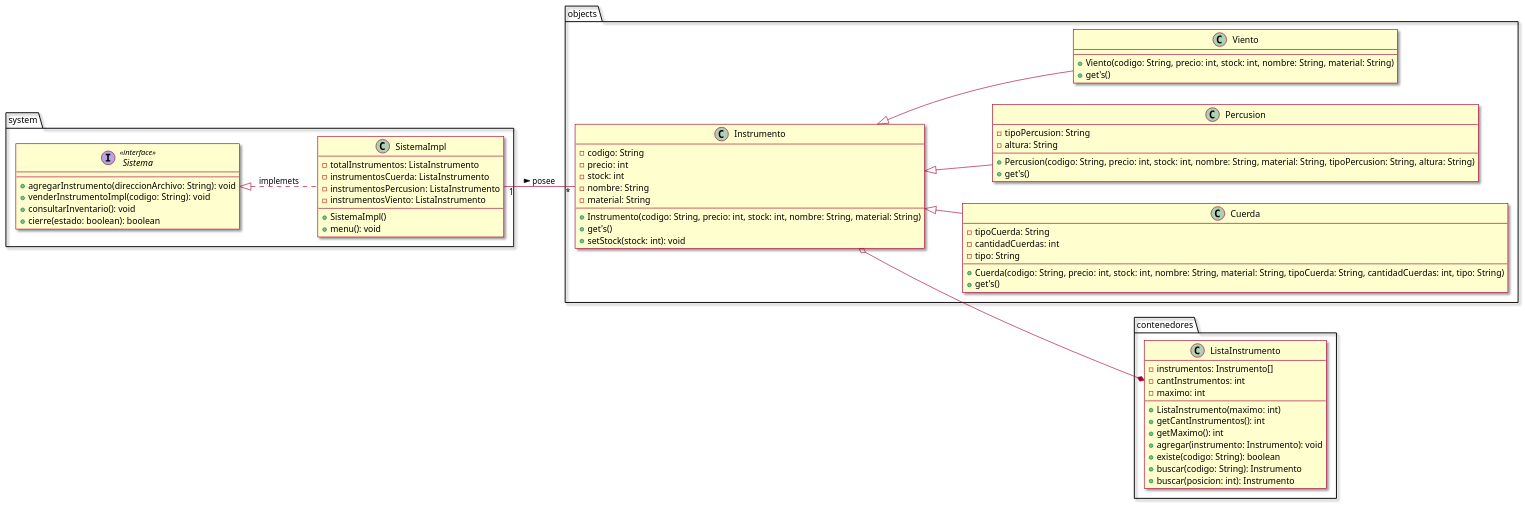
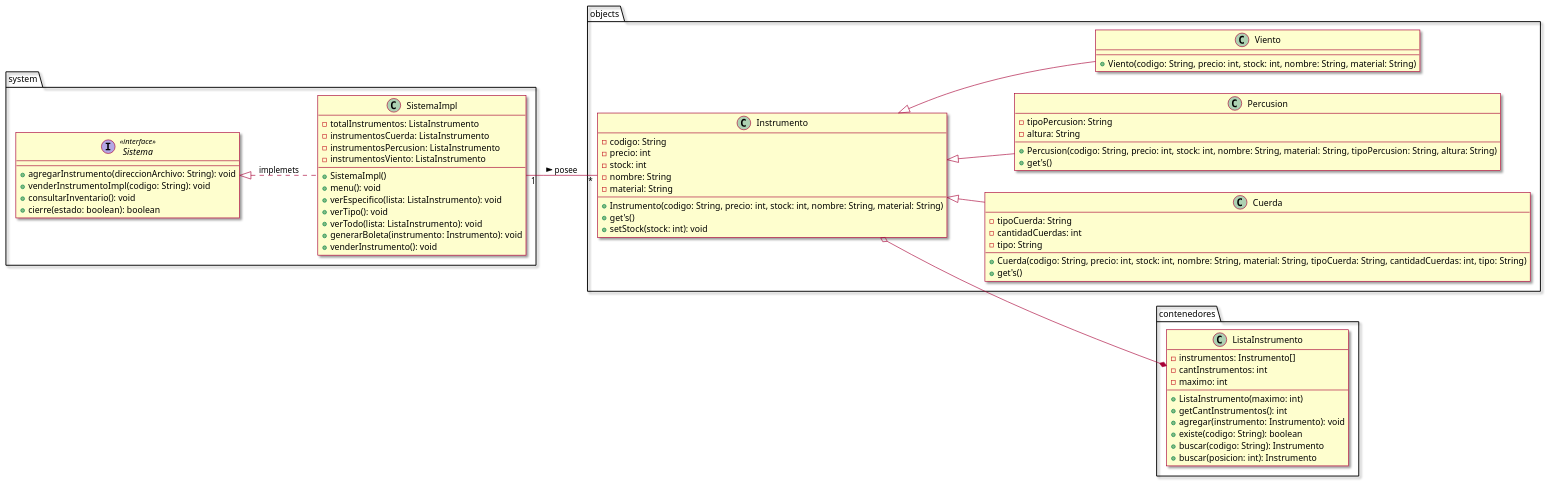
The diagram in src/clase.puml (ProMDFK123/Taller3), drawn with PlantUML before and after one commit. The commit also changed 2 other files, not shown here.

Commit message:
diagrama de clases v1.1.0

```diff
--- a/src/clase.puml
+++ b/src/clase.puml
@@ -1,85 +1,88 @@
 @startuml
 left to right direction
 skin rose
 
 package objects{
     Class Instrumento{
         -codigo: String
         -precio: int
         -stock: int
         -nombre: String
         -material: String
 
         +Instrumento(codigo: String, precio: int, stock: int, nombre: String, material: String)
         +get's()
         +setStock(stock: int): void
     }
 
     Class Cuerda{
         -tipoCuerda: String
         -cantidadCuerdas: int
         -tipo: String
 
         +Cuerda(codigo: String, precio: int, stock: int, nombre: String, material: String, tipoCuerda: String, cantidadCuerdas: int, tipo: String)
         +get's()
     }
 
     Class Percusion{
         -tipoPercusion: String
         -altura: String
 
         +Percusion(codigo: String, precio: int, stock: int, nombre: String, material: String, tipoPercusion: String, altura: String)
         +get's()
 
     }
 
     Class Viento{
         +Viento(codigo: String, precio: int, stock: int, nombre: String, material: String)
-        +get's()
     }
 }
 
 Instrumento^--Cuerda
 Instrumento^--Percusion
 Instrumento^--Viento
 
 package contenedores{
     Class ListaInstrumento{
         -instrumentos: Instrumento[]
         -cantInstrumentos: int
         -maximo: int
 
         +ListaInstrumento(maximo: int)
         +getCantInstrumentos(): int
-        +getMaximo(): int
         +agregar(instrumento: Instrumento): void
         +existe(codigo: String): boolean
         +buscar(codigo: String): Instrumento
         +buscar(posicion: int): Instrumento
     }
 }
 
 Instrumento o--* ListaInstrumento
 
 package system{
     interface Sistema <<interface>>{
         +agregarInstrumento(direccionArchivo: String): void
         +venderInstrumentoImpl(codigo: String): void
         +consultarInventario(): void
         +cierre(estado: boolean): boolean
     }
 
     Class SistemaImpl{
         -totalInstrumentos: ListaInstrumento
         -instrumentosCuerda: ListaInstrumento
         -instrumentosPercusion: ListaInstrumento
         -instrumentosViento: ListaInstrumento
 
         +SistemaImpl()
         +menu(): void
+        +verEspecifico(lista: ListaInstrumento): void
+        +verTipo(): void
+        +verTodo(lista: ListaInstrumento): void
+        +generarBoleta(instrumento: Instrumento): void
+        +venderInstrumento(): void
     }
 }
 
 Sistema^..SistemaImpl: implemets
 SistemaImpl"1"--"*"Instrumento:  posee >
 @enduml
```
